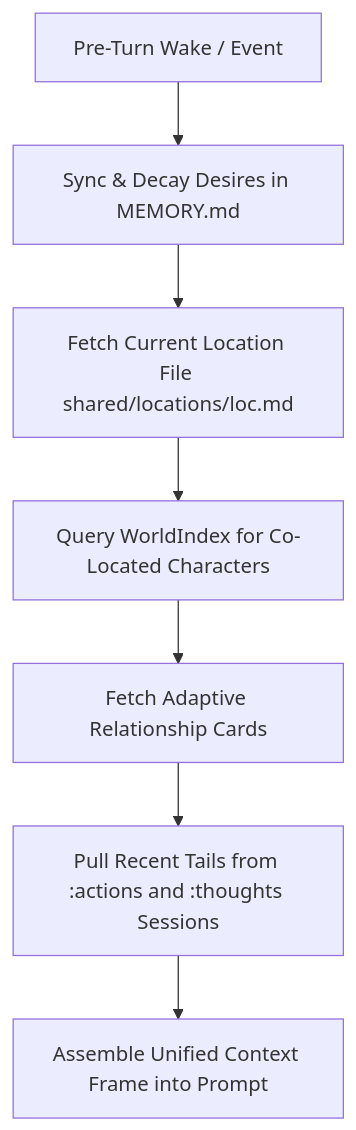
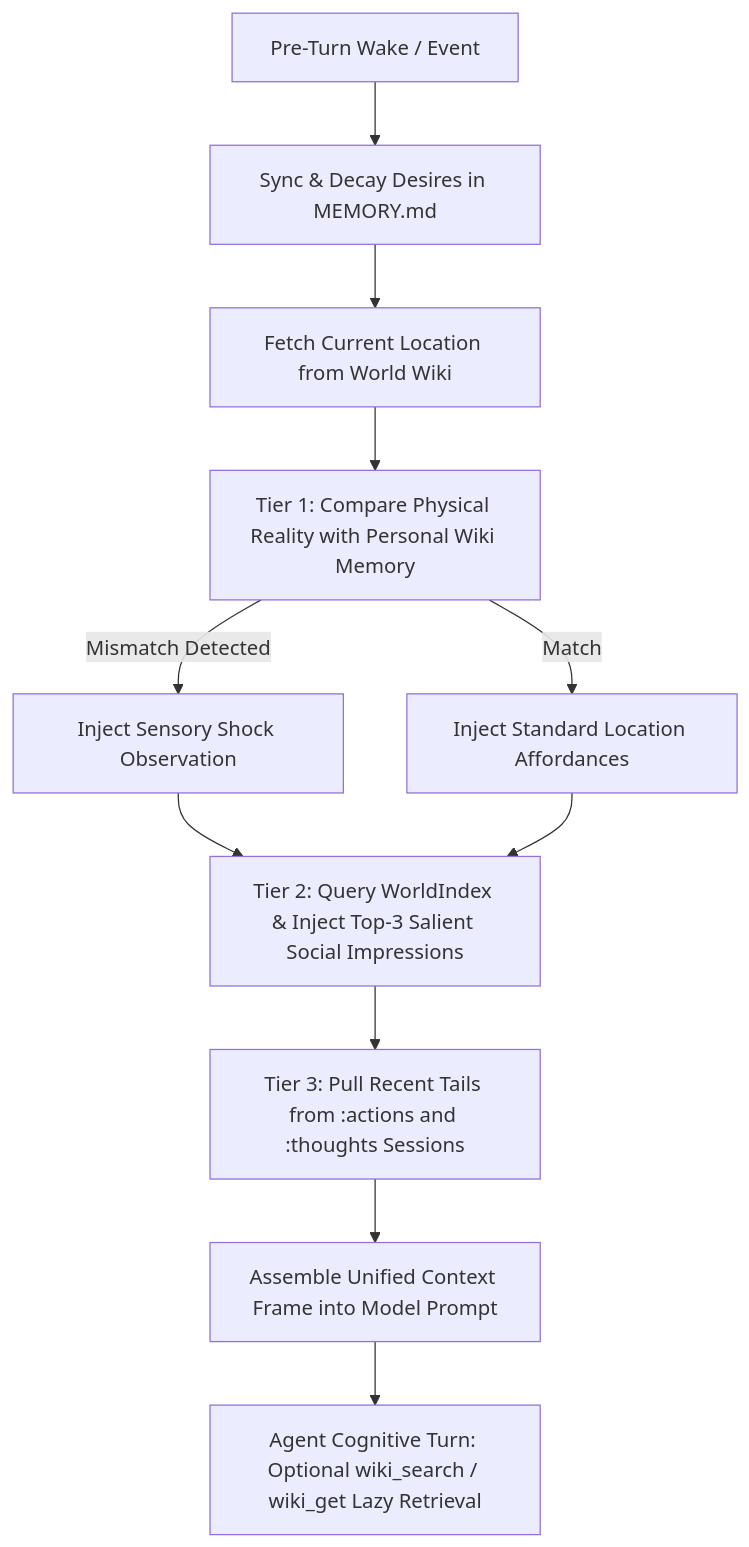
One commit to f1yingbanana/kazusa changed the diagram in .agents/skills/kazusa/references/primitives_mapping.md. Above: the diagram before and after it, drawn with Mermaid. The commit also changed other lines of this file and 13 other files, not shown here.

Commit message:
feat(wiki): migrate world locations to public wiki and set up agent personal wikis

````diff
--- a/.agents/skills/kazusa/references/primitives_mapping.md
+++ b/.agents/skills/kazusa/references/primitives_mapping.md
@@ -54,9 +54,13 @@
 ```mermaid
 flowchart TD
     A[Pre-Turn Wake / Event] --> B[Sync & Decay Desires in MEMORY.md]
-    B --> C[Fetch Current Location File shared/locations/loc.md]
-    C --> D[Query WorldIndex for Co-Located Characters]
-    D --> E[Fetch Adaptive Relationship Cards]
-    E --> F[Pull Recent Tails from :actions and :thoughts Sessions]
-    F --> G[Assemble Unified Context Frame into Prompt]
+    B --> C[Fetch Current Location from World Wiki]
+    C --> D[Tier 1: Compare Physical Reality with Personal Wiki Memory]
+    D -->|Mismatch Detected| E[Inject Sensory Shock Observation]
+    D -->|Match| F[Inject Standard Location Affordances]
+    E --> G[Tier 2: Query WorldIndex & Inject Top-3 Salient Social Impressions]
+    F --> G
+    G --> H[Tier 3: Pull Recent Tails from :actions and :thoughts Sessions]
+    H --> I[Assemble Unified Context Frame into Model Prompt]
+    I --> J[Agent Cognitive Turn: Optional wiki_search / wiki_get Lazy Retrieval]
 ```
````
